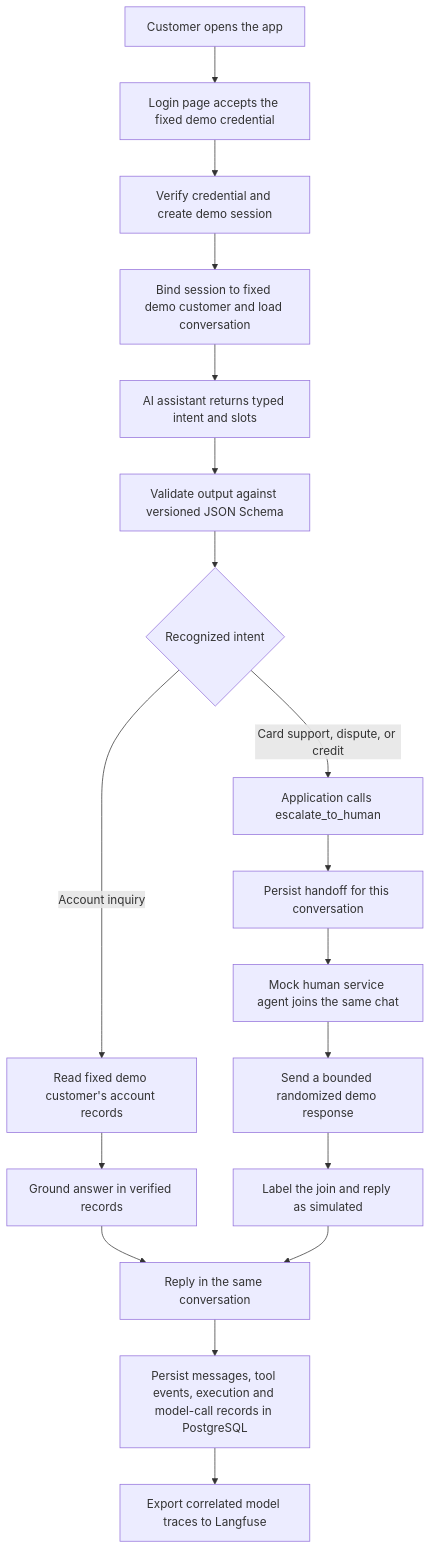
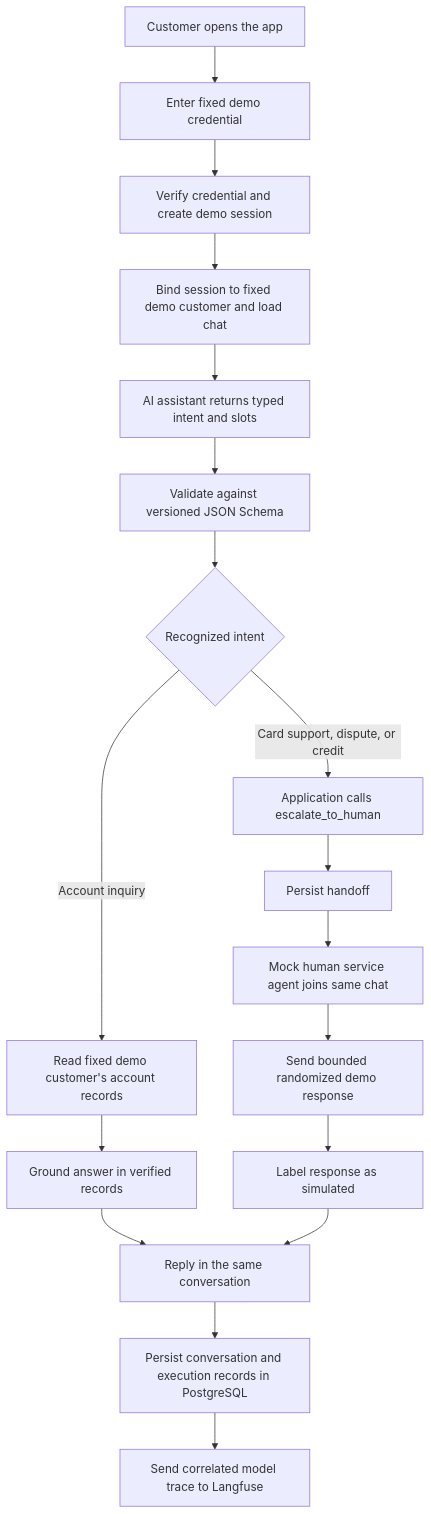
One commit to Youngermaster/factored-hackathon-2026-la-brasil-del-70 changed the first of 2 diagrams in docs/adr/0025-tuesday-account-inquiry-mvp-and-observability.md. Above: the diagram before and after it, drawn with Mermaid. The commit also changed other lines of this file, not shown here.

````diff
--- a/docs/adr/0025-tuesday-account-inquiry-mvp-and-observability.md
+++ b/docs/adr/0025-tuesday-account-inquiry-mvp-and-observability.md
@@ -19,20 +13,20 @@
 ```mermaid
 flowchart TD
-    C[Customer opens the app] --> LOGIN[Login page accepts the fixed demo credential]
+    C[Customer opens the app] --> LOGIN[Enter fixed demo credential]
     LOGIN --> S[Verify credential and create demo session]
-    S --> D[Bind session to fixed demo customer and load conversation]
+    S --> D[Bind session to fixed demo customer and load chat]
     D --> A[AI assistant returns typed intent and slots]
-    A --> V[Validate output against versioned JSON Schema]
+    A --> V[Validate against versioned JSON Schema]
     V --> R{Recognized intent}
     R -->|Account inquiry| Q[Read fixed demo customer's account records]
     Q --> G[Ground answer in verified records]
     G --> CHAT[Reply in the same conversation]
     R -->|Card support, dispute, or credit| T[Application calls escalate_to_human]
-    T --> H[Persist handoff for this conversation]
-    H --> M[Mock human service agent joins the same chat]
-    M --> X[Send a bounded randomized demo response]
-    X --> L[Label the join and reply as simulated]
+    T --> H[Persist handoff]
+    H --> M[Mock human service agent joins same chat]
+    M --> X[Send bounded randomized demo response]
+    X --> L[Label response as simulated]
     L --> CHAT
-    CHAT --> P[Persist messages, tool events, execution and model-call records in PostgreSQL]
-    P --> O[Export correlated model traces to Langfuse]
+    CHAT --> P[Persist conversation and execution records in PostgreSQL]
+    P --> O[Send correlated model trace to Langfuse]
 ```
````
